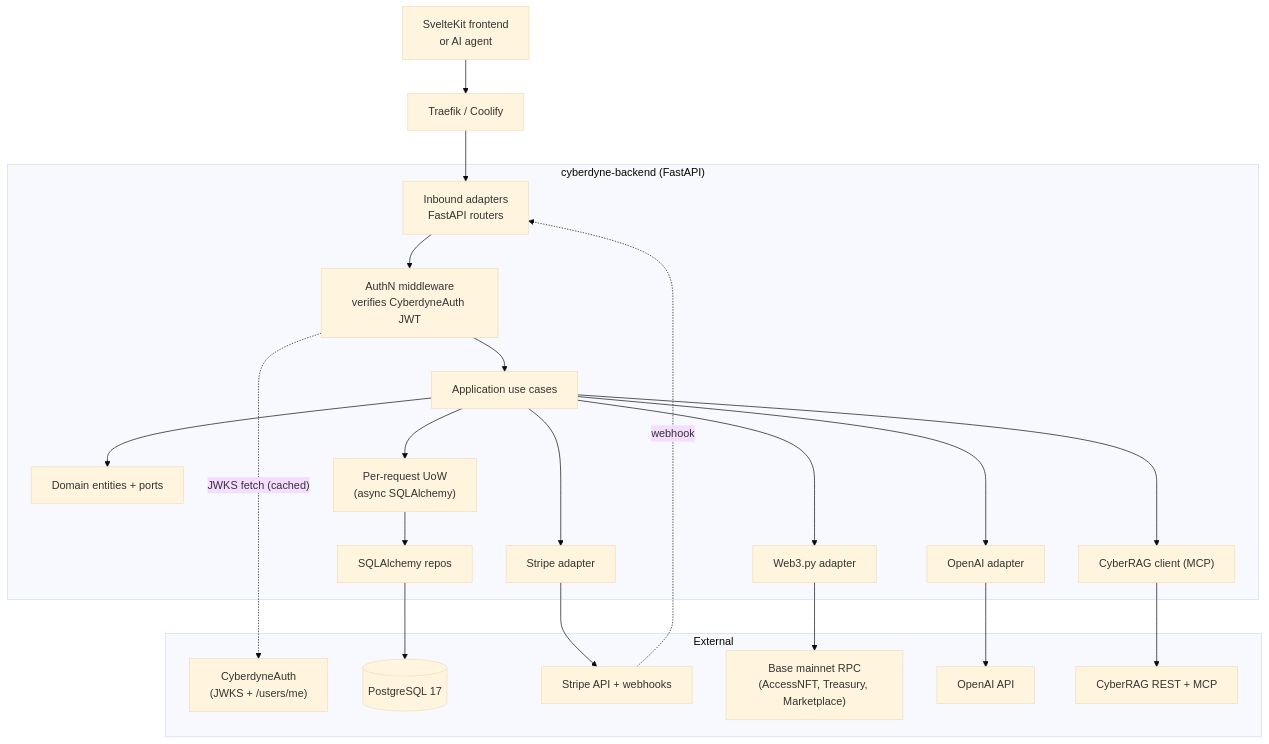
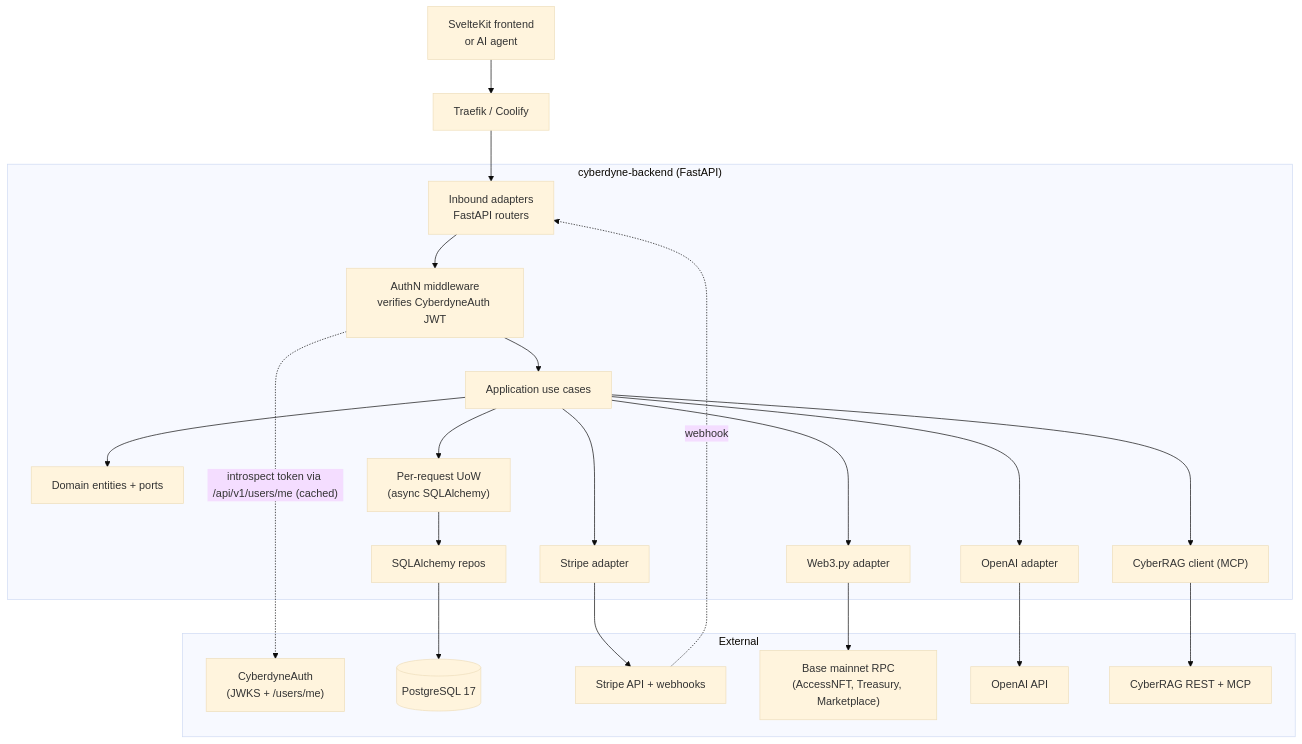
Before and after one commit to CyberdyneCorp/cyberdynedao: the diagram in docs/backend-roadmap.md, drawn with Mermaid (base theme). The commit also changed other lines of this file, not shown here.

First line of the commit message:
Roadmap: align auth integration with the real CyberdyneAuth v0.1.0 OpenAPI

````diff
--- a/docs/backend-roadmap.md
+++ b/docs/backend-roadmap.md
@@ -104,36 +104,36 @@
 ```mermaid
 flowchart TB
     Client["SvelteKit frontend<br/>or AI agent"]
     Traefik["Traefik / Coolify"]
 
     subgraph App["cyberdyne-backend (FastAPI)"]
         Routers["Inbound adapters<br/>FastAPI routers"]
         AuthMW["AuthN middleware<br/>verifies CyberdyneAuth JWT"]
         UC["Application use cases"]
         Domain["Domain entities + ports"]
         UoW["Per-request UoW<br/>(async SQLAlchemy)"]
         OutPersist["SQLAlchemy repos"]
         OutStripe["Stripe adapter"]
         OutWeb3["Web3.py adapter"]
         OutOpenAI["OpenAI adapter"]
         OutRAG["CyberRAG client (MCP)"]
     end
 
     subgraph Ext["External"]
         Auth["CyberdyneAuth<br/>(JWKS + /users/me)"]
         PG[("PostgreSQL 17")]
         Stripe["Stripe API + webhooks"]
         Base["Base mainnet RPC<br/>(AccessNFT, Treasury, Marketplace)"]
         OpenAI["OpenAI API"]
         CyberRAG["CyberRAG REST + MCP"]
     end
 
     Client --> Traefik --> Routers --> AuthMW --> UC --> Domain
-    AuthMW -. JWKS fetch (cached) .-> Auth
+    AuthMW -. introspect token via /api/v1/users/me (cached) .-> Auth
     UC --> UoW --> OutPersist --> PG
     UC --> OutStripe --> Stripe
     UC --> OutWeb3 --> Base
     UC --> OutOpenAI --> OpenAI
     UC --> OutRAG --> CyberRAG
     Stripe -. webhook .-> Routers
 ```
````
